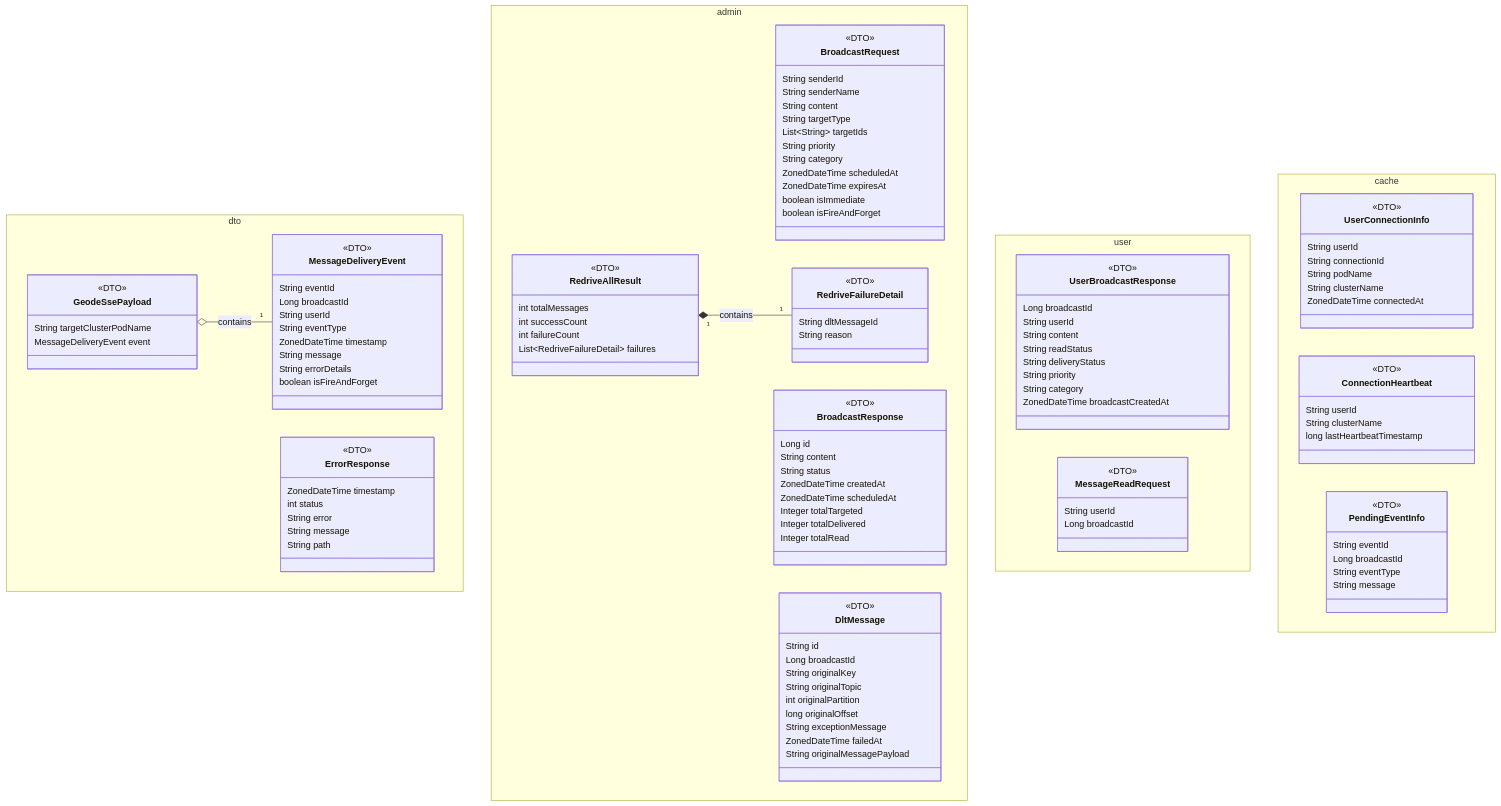
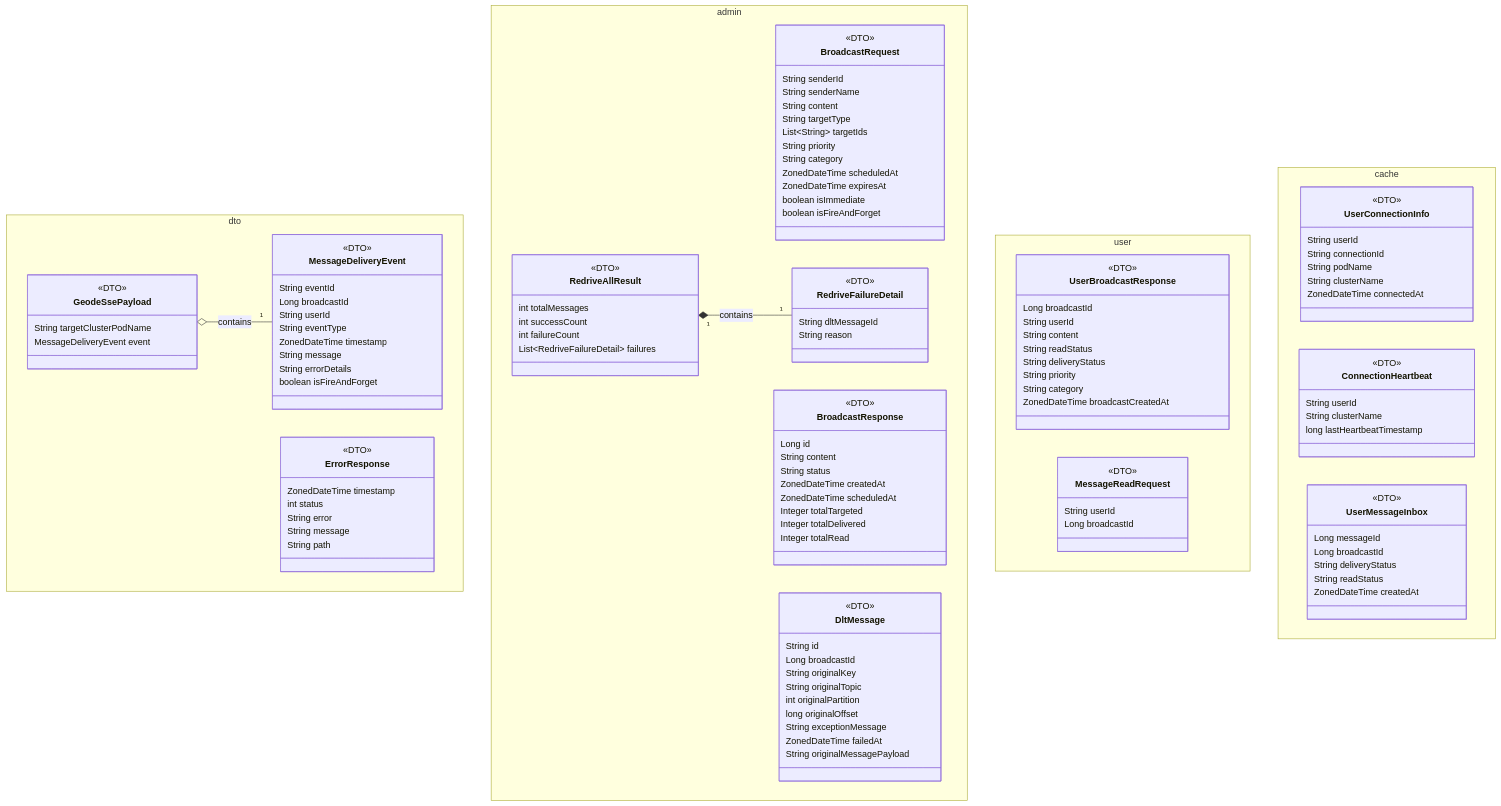
The diagram in MermaidDiagrams/class-dto.mmd (rsrini7/Notification-SSE-GLM-Flux), drawn with Mermaid before and after one commit. The commit also changed 15 other files, not shown here.

First line of the commit message:
refactor(message-delivery): remove pending-events region and related functionality

```diff
--- a/MermaidDiagrams/class-dto.mmd
+++ b/MermaidDiagrams/class-dto.mmd
@@ -1,127 +1,128 @@
 classDiagram
     direction TB
 
     namespace dto {
         class MessageDeliveryEvent {
             <<DTO>>
             String eventId
             Long broadcastId
             String userId
             String eventType
             ZonedDateTime timestamp
             String message
             String errorDetails
             boolean isFireAndForget
         }
         class ErrorResponse {
             <<DTO>>
             ZonedDateTime timestamp
             int status
             String error
             String message
             String path
         }
         class GeodeSsePayload {
             <<DTO>>
             String targetClusterPodName
             MessageDeliveryEvent event
         }
     }
 
     namespace admin {
         class BroadcastRequest {
             <<DTO>>
             String senderId
             String senderName
             String content
             String targetType
             List~String~ targetIds
             String priority
             String category
             ZonedDateTime scheduledAt
             ZonedDateTime expiresAt
             boolean isImmediate
             boolean isFireAndForget
         }
         class BroadcastResponse {
             <<DTO>>
             Long id
             String content
             String status
             ZonedDateTime createdAt
             ZonedDateTime scheduledAt
             Integer totalTargeted
             Integer totalDelivered
             Integer totalRead
         }
         class DltMessage {
             <<DTO>>
             String id
             Long broadcastId
             String originalKey
             String originalTopic
             int originalPartition
             long originalOffset
             String exceptionMessage
             ZonedDateTime failedAt
             String originalMessagePayload
         }
         class RedriveAllResult {
             <<DTO>>
             int totalMessages
             int successCount
             int failureCount
             List~RedriveFailureDetail~ failures
         }
         class RedriveFailureDetail {
             <<DTO>>
             String dltMessageId
             String reason
         }
     }
 
     namespace user {
         class UserBroadcastResponse {
             <<DTO>>
             Long broadcastId
             String userId
             String content
             String readStatus
             String deliveryStatus
             String priority
             String category
             ZonedDateTime broadcastCreatedAt
         }
         class MessageReadRequest {
             <<DTO>>
             String userId
             Long broadcastId
         }
     }
 
     namespace cache {
         class UserConnectionInfo {
             <<DTO>>
             String userId
             String connectionId
             String podName
             String clusterName
             ZonedDateTime connectedAt
         }
         class ConnectionHeartbeat {
             <<DTO>>
             String userId
             String clusterName
             long lastHeartbeatTimestamp
         }
-        class PendingEventInfo {
+        class UserMessageInbox {
             <<DTO>>
-            String eventId
+            Long messageId
             Long broadcastId
-            String eventType
-            String message
+            String deliveryStatus
+            String readStatus
+            ZonedDateTime createdAt
         }
     }
     
     RedriveAllResult "1" *-- "1" RedriveFailureDetail : contains
     GeodeSsePayload o-- "1" MessageDeliveryEvent : contains
```
